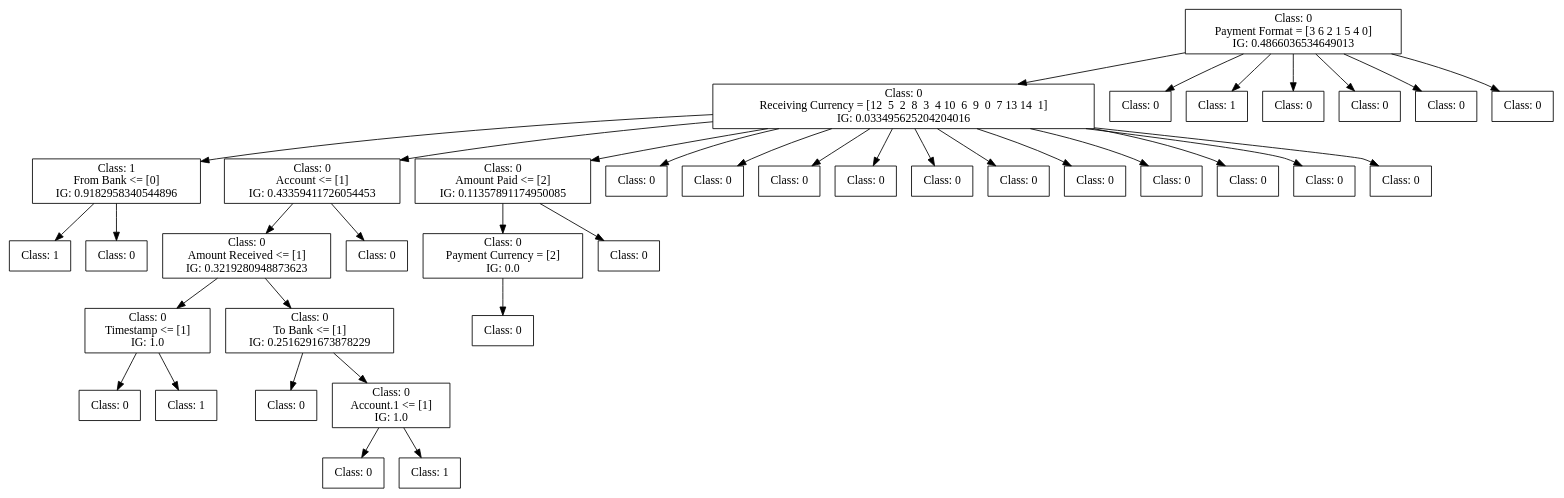
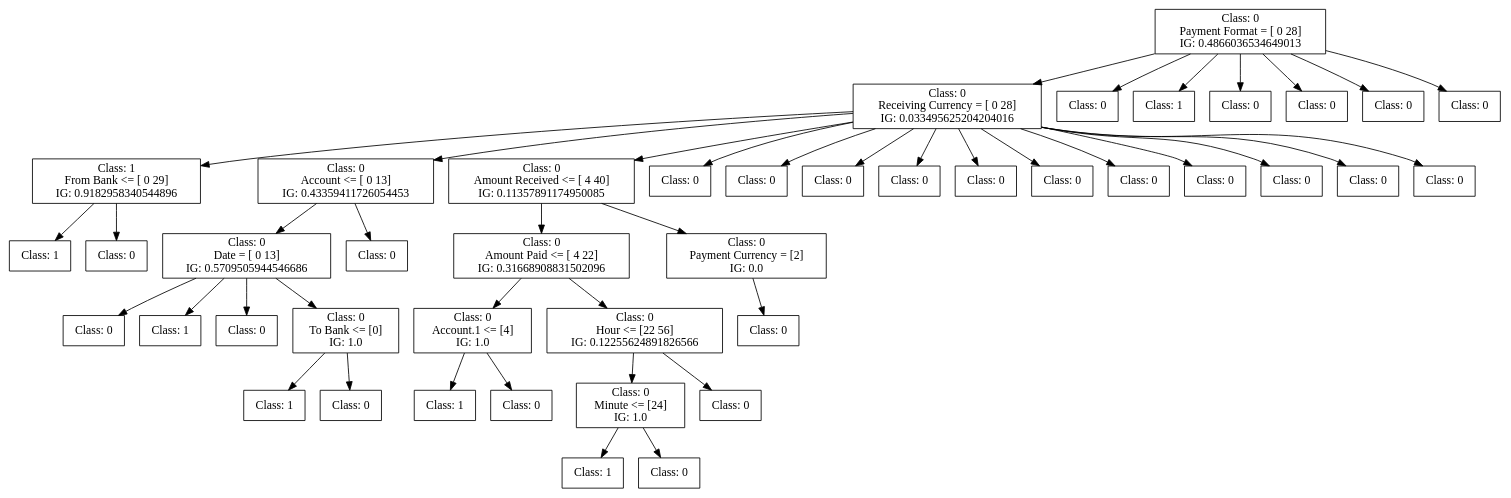
Before and after one commit to FedericoBruzzone/anti-money-laundering: the diagram in dot_figs/tree-id3-undersampling-2.dot, drawn with Graphviz. The commit also changed 28 other files, not shown here.

```diff
--- a/dot_figs/tree-id3-undersampling-2.dot
+++ b/dot_figs/tree-id3-undersampling-2.dot
@@ -1,124 +1,144 @@
 digraph DecisionTree {
 	rankdir=TD;
 	node [shape=box];
-	2336868472944 [label="Class: 0
-Payment Format = [3 6 2 1 5 4 0]
+	1901316565712 [label="Class: 0
+Payment Format = [ 0 28]
 IG: 0.4866036534649013"];
-	2336869725568 [label="Class: 0
-Receiving Currency = [12  5  2  8  3  4 10  6  9  0  7 13 14  1]
+	1903594353232 [label="Class: 0
+Receiving Currency = [ 0 28]
 IG: 0.033495625204204016"];
-	2336868472944 -> 2336869725568;
-	2337506088832 [label="Class: 1
-From Bank <= [0]
+	1901316565712 -> 1903594353232;
+	1903594343344 [label="Class: 1
+From Bank <= [ 0 29]
 IG: 0.9182958340544896"];
-	2336869725568 -> 2337506088832;
-	2337506095216 [label="Class: 1
+	1903594353232 -> 1903594343344;
+	1903594343872 [label="Class: 1
 "];
-	2337506088832 -> 2337506095216;
-	2337506095648 [label="Class: 0
+	1903594343344 -> 1903594343872;
+	1903594342816 [label="Class: 0
 "];
-	2337506088832 -> 2337506095648;
-	2337506083168 [label="Class: 0
-Account <= [1]
+	1903594343344 -> 1903594342816;
+	1903594356160 [label="Class: 0
+Account <= [ 0 13]
 IG: 0.43359411726054453"];
-	2336869725568 -> 2337506083168;
-	2337506096464 [label="Class: 0
-Amount Received <= [1]
-IG: 0.3219280948873623"];
-	2337506083168 -> 2337506096464;
-	2337536741232 [label="Class: 0
-Timestamp <= [1]
+	1903594353232 -> 1903594356160;
+	1903594345552 [label="Class: 0
+Date = [ 0 13]
+IG: 0.5709505944546686"];
+	1903594356160 -> 1903594345552;
+	1903594344832 [label="Class: 0
+"];
+	1903594345552 -> 1903594344832;
+	1903594356352 [label="Class: 1
+"];
+	1903594345552 -> 1903594356352;
+	1903594341184 [label="Class: 0
+"];
+	1903594345552 -> 1903594341184;
+	1903594345120 [label="Class: 0
+To Bank <= [0]
 IG: 1.0"];
-	2337506096464 -> 2337536741232;
-	2337536744544 [label="Class: 0
+	1903594345552 -> 1903594345120;
+	1903594342528 [label="Class: 1
 "];
-	2337536741232 -> 2337536744544;
-	2337536744976 [label="Class: 1
+	1903594345120 -> 1903594342528;
+	1903594346992 [label="Class: 0
 "];
-	2337536741232 -> 2337536744976;
-	2337536741664 [label="Class: 0
-To Bank <= [1]
-IG: 0.2516291673878229"];
-	2337506096464 -> 2337536741664;
-	2337536747280 [label="Class: 0
+	1903594345120 -> 1903594346992;
+	1903594342000 [label="Class: 0
 "];
-	2337536741664 -> 2337536747280;
-	2337536747712 [label="Class: 0
-Account.1 <= [1]
+	1903594356160 -> 1903594342000;
+	1903594354240 [label="Class: 0
+Amount Received <= [ 4 40]
+IG: 0.11357891174950085"];
+	1903594353232 -> 1903594354240;
+	1903594347328 [label="Class: 0
+Amount Paid <= [ 4 22]
+IG: 0.31668908831502096"];
+	1903594354240 -> 1903594347328;
+	1903594347808 [label="Class: 0
+Account.1 <= [4]
 IG: 1.0"];
-	2337536741664 -> 2337536747712;
-	2337536749488 [label="Class: 0
+	1903594347328 -> 1903594347808;
+	1901687489680 [label="Class: 1
 "];
-	2337536747712 -> 2337536749488;
-	2337536749920 [label="Class: 1
+	1903594347808 -> 1901687489680;
+	1901687491696 [label="Class: 0
 "];
-	2337536747712 -> 2337536749920;
-	2337506096704 [label="Class: 0
+	1903594347808 -> 1901687491696;
+	1903594355728 [label="Class: 0
+Hour <= [22 56]
+IG: 0.12255624891826566"];
+	1903594347328 -> 1903594355728;
+	1901687490160 [label="Class: 0
+Minute <= [24]
+IG: 1.0"];
+	1903594355728 -> 1901687490160;
+	1901687492560 [label="Class: 1
 "];
-	2337506083168 -> 2337506096704;
-	2337506088736 [label="Class: 0
-Amount Paid <= [2]
-IG: 0.11357891174950085"];
-	2336869725568 -> 2337506088736;
-	2337536751552 [label="Class: 0
+	1901687490160 -> 1901687492560;
+	1901687492992 [label="Class: 0
+"];
+	1901687490160 -> 1901687492992;
+	1901687492272 [label="Class: 0
+"];
+	1903594355728 -> 1901687492272;
+	1903594345024 [label="Class: 0
 Payment Currency = [2]
 IG: 0.0"];
-	2337506088736 -> 2337536751552;
-	2337536751984 [label="Class: 0
+	1903594354240 -> 1903594345024;
+	1901687492512 [label="Class: 0
 "];
-	2337536751552 -> 2337536751984;
-	2337536751744 [label="Class: 0
+	1903594345024 -> 1901687492512;
+	1903594342336 [label="Class: 0
 "];
-	2337506088736 -> 2337536751744;
-	2337506088256 [label="Class: 0
+	1903594353232 -> 1903594342336;
+	1903594355296 [label="Class: 0
 "];
-	2336869725568 -> 2337506088256;
-	2337506088640 [label="Class: 0
+	1903594353232 -> 1903594355296;
+	1903594353856 [label="Class: 0
 "];
-	2336869725568 -> 2337506088640;
-	2337506084656 [label="Class: 0
+	1903594353232 -> 1903594353856;
+	1903594350160 [label="Class: 0
 "];
-	2336869725568 -> 2337506084656;
-	2337506087632 [label="Class: 0
+	1903594353232 -> 1903594350160;
+	1903594349536 [label="Class: 0
 "];
-	2336869725568 -> 2337506087632;
-	2337506088928 [label="Class: 0
+	1903594353232 -> 1903594349536;
+	1903594346464 [label="Class: 0
 "];
-	2336869725568 -> 2337506088928;
-	2337506089120 [label="Class: 0
+	1903594353232 -> 1903594346464;
+	1903594355152 [label="Class: 0
 "];
-	2336869725568 -> 2337506089120;
-	2337506089504 [label="Class: 0
+	1903594353232 -> 1903594355152;
+	1903594349632 [label="Class: 0
 "];
-	2336869725568 -> 2337506089504;
-	2337506089648 [label="Class: 0
+	1903594353232 -> 1903594349632;
+	1903594351456 [label="Class: 0
 "];
-	2336869725568 -> 2337506089648;
-	2337506089792 [label="Class: 0
+	1903594353232 -> 1903594351456;
+	1903594354432 [label="Class: 0
 "];
-	2336869725568 -> 2337506089792;
-	2337506089936 [label="Class: 0
+	1903594353232 -> 1903594354432;
+	1903594344544 [label="Class: 0
 "];
-	2336869725568 -> 2337506089936;
-	2337506090080 [label="Class: 0
+	1903594353232 -> 1903594344544;
+	1903594347664 [label="Class: 0
 "];
-	2336869725568 -> 2337506090080;
-	2336869725904 [label="Class: 0
+	1901316565712 -> 1903594347664;
+	1903594343440 [label="Class: 1
 "];
-	2336868472944 -> 2336869725904;
-	2336869723216 [label="Class: 1
+	1901316565712 -> 1903594343440;
+	1903594349968 [label="Class: 0
 "];
-	2336868472944 -> 2336869723216;
-	2336869722256 [label="Class: 0
+	1901316565712 -> 1903594349968;
+	1903594343392 [label="Class: 0
 "];
-	2336868472944 -> 2336869722256;
-	2336869723120 [label="Class: 0
+	1901316565712 -> 1903594343392;
+	1903594353376 [label="Class: 0
 "];
-	2336868472944 -> 2336869723120;
-	2336869724800 [label="Class: 0
+	1901316565712 -> 1903594353376;
+	1903594354048 [label="Class: 0
 "];
-	2336868472944 -> 2336869724800;
-	2336869724944 [label="Class: 0
-"];
-	2336868472944 -> 2336869724944;
+	1901316565712 -> 1903594354048;
 }
```
